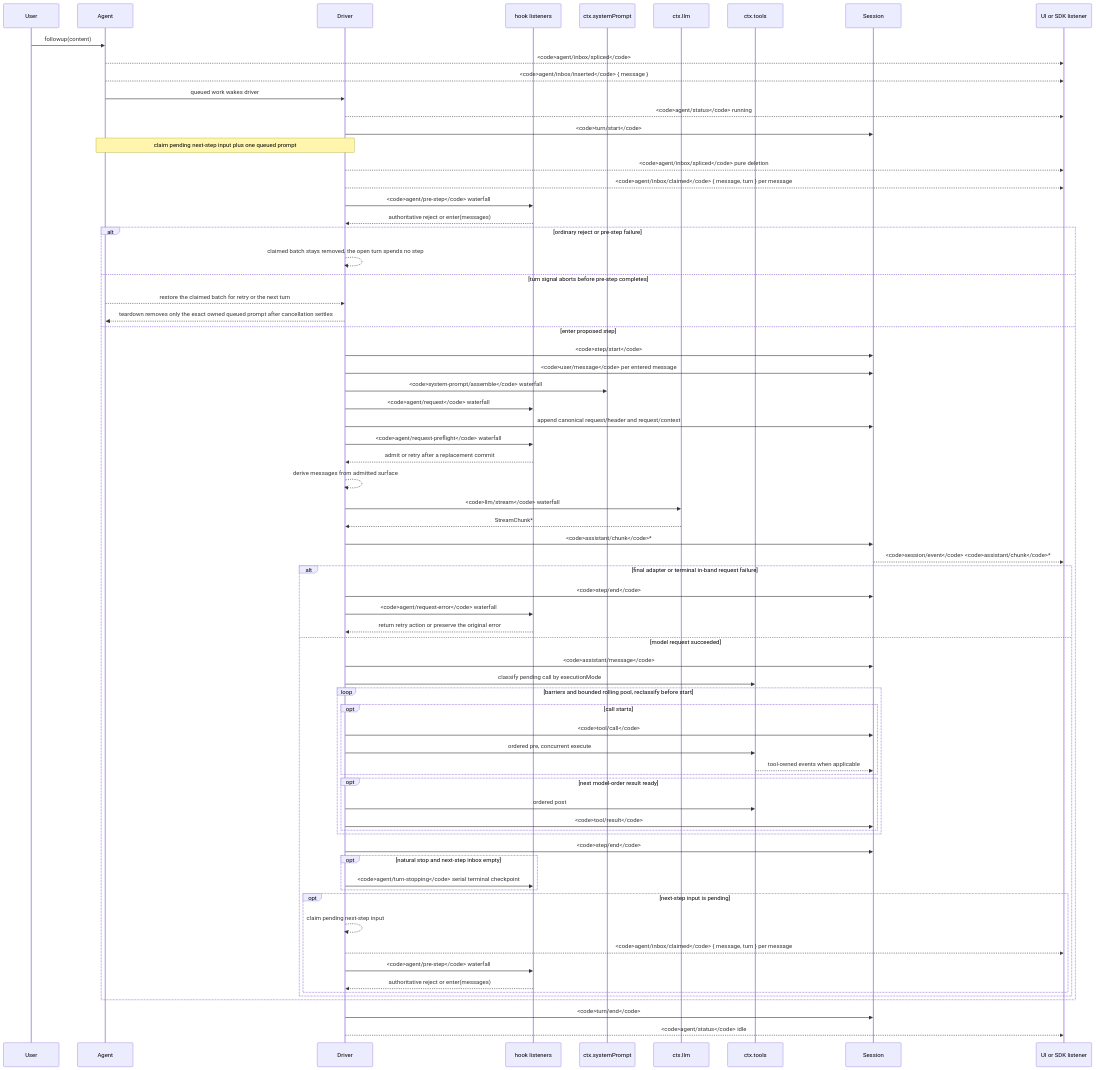
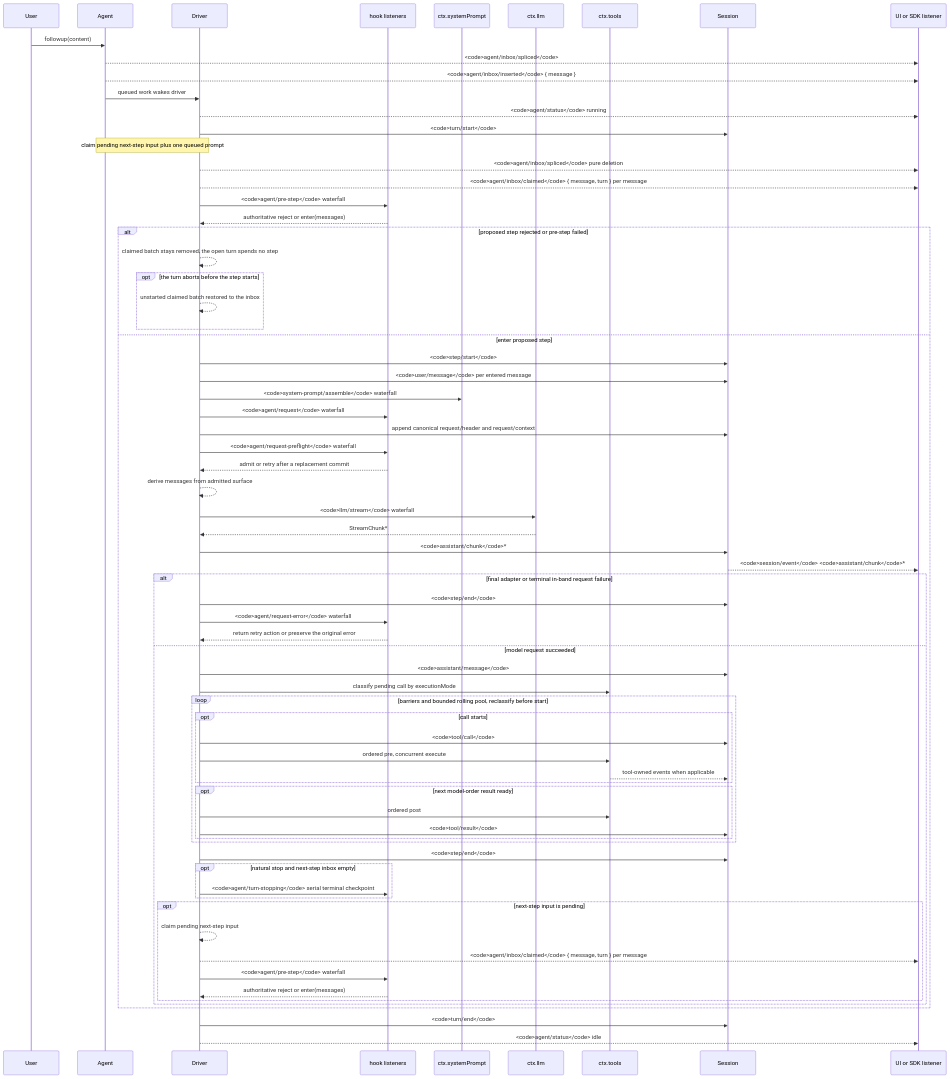
One commit to Abaddollyon/deepseek-harness changed the diagram in docs/agent-lifecycle.md. Above: the diagram before and after it, drawn with Mermaid. The commit also changed 29 other files, not shown here.

````diff
--- a/docs/agent-lifecycle.md
+++ b/docs/agent-lifecycle.md
@@ -8,73 +8,73 @@
 ```mermaid
 sequenceDiagram
   participant User
   participant Agent
   participant Driver
   participant Hooks as hook listeners
   participant Prompt as ctx.systemPrompt
   participant LLM as ctx.llm
   participant Tools as ctx.tools
   participant Session
   participant SDK as UI or SDK listener
   User->>Agent: followup(content)
   Agent-->>SDK: <code>agent/inbox/spliced</code>
   Agent-->>SDK: <code>agent/inbox/inserted</code> { message }
   Agent->>Driver: queued work wakes driver
   Driver-->>SDK: <code>agent/status</code> running
   Driver->>Session: <code>turn/start</code>
   Note over Agent,Driver: claim pending next-step input plus one queued prompt
   Driver-->>SDK: <code>agent/inbox/spliced</code> pure deletion
   Driver-->>SDK: <code>agent/inbox/claimed</code> { message, turn } per message
   Driver->>Hooks: <code>agent/pre-step</code> waterfall
   Hooks-->>Driver: authoritative reject or enter(messages)
-  alt ordinary reject or pre-step failure
+  alt proposed step rejected or pre-step failed
     Driver-->>Driver: claimed batch stays removed, the open turn spends no step
-  else turn signal aborts before pre-step completes
-    Agent-->>Driver: restore the claimed batch for retry or the next turn
-    Driver-->>Agent: teardown removes only the exact owned queued prompt after cancellation settles
+    opt the turn aborts before the step starts
+      Driver-->>Driver: unstarted claimed batch restored to the inbox
+    end
   else enter proposed step
   Driver->>Session: <code>step/start</code>
   Driver->>Session: <code>user/message</code> per entered message
   Driver->>Prompt: <code>system-prompt/assemble</code> waterfall
   Driver->>Hooks: <code>agent/request</code> waterfall
   Driver->>Session: append canonical request/header and request/context
   Driver->>Hooks: <code>agent/request-preflight</code> waterfall
   Hooks-->>Driver: admit or retry after a replacement commit
   Driver-->>Driver: derive messages from admitted surface
   Driver->>LLM: <code>llm/stream</code> waterfall
   LLM-->>Driver: StreamChunk*
   Driver->>Session: <code>assistant/chunk</code>*
   Session-->>SDK: <code>session/event</code> <code>assistant/chunk</code>*
   alt final adapter or terminal in-band request failure
     Driver->>Session: <code>step/end</code>
     Driver->>Hooks: <code>agent/request-error</code> waterfall
     Hooks-->>Driver: return retry action or preserve the original error
   else model request succeeded
   Driver->>Session: <code>assistant/message</code>
   Driver->>Tools: classify pending call by executionMode
   loop barriers and bounded rolling pool, reclassify before start
     opt call starts
       Driver->>Session: <code>tool/call</code>
       Driver->>Tools: ordered pre, concurrent execute
       Tools-->>Session: tool-owned events when applicable
     end
     opt next model-order result ready
       Driver->>Tools: ordered post
       Driver->>Session: <code>tool/result</code>
     end
   end
   Driver->>Session: <code>step/end</code>
   opt natural stop and next-step inbox empty
     Driver->>Hooks: <code>agent/turn-stopping</code> serial terminal checkpoint
   end
   opt next-step input is pending
     Driver-->>Driver: claim pending next-step input
     Driver-->>SDK: <code>agent/inbox/claimed</code> { message, turn } per message
     Driver->>Hooks: <code>agent/pre-step</code> waterfall
     Hooks-->>Driver: authoritative reject or enter(messages)
   end
   end
   end
   Driver->>Session: <code>turn/end</code>
   Driver-->>SDK: <code>agent/status</code> idle
 ```
````
